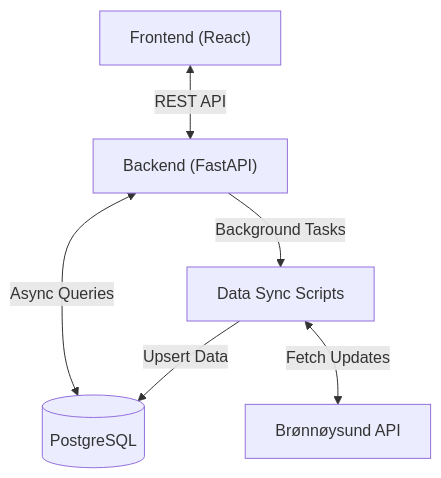
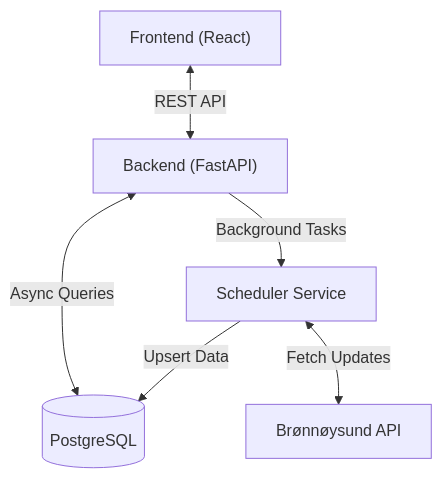
Before and after one commit to Bedriftsgrafen/bedriftsgrafen.no: the diagram in README.md, drawn with Mermaid. The commit also changed 10 other files, not shown here.

````diff
--- a/README.md
+++ b/README.md
@@ -44,8 +44,8 @@
 ```mermaid
 graph TD
     Client["Frontend (React)"] <-->|REST API| API["Backend (FastAPI)"]
     API <-->|"Async Queries"| DB[("PostgreSQL")]
-    API -->|"Background Tasks"| Sync["Data Sync Scripts"]
+    API -->|"Background Tasks"| Sync["Scheduler Service"]
     Sync <-->|"Fetch Updates"| External["Brønnøysund API"]
     Sync -->|"Upsert Data"| DB
 ```
````
